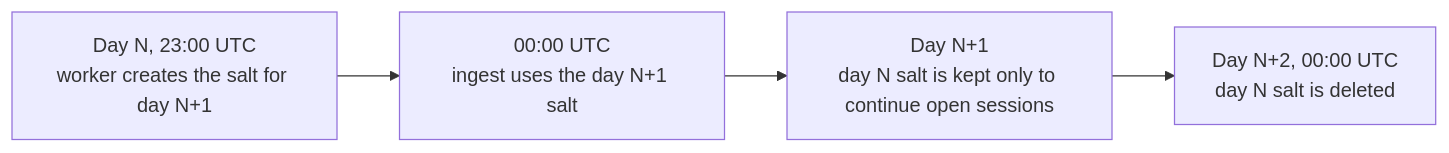
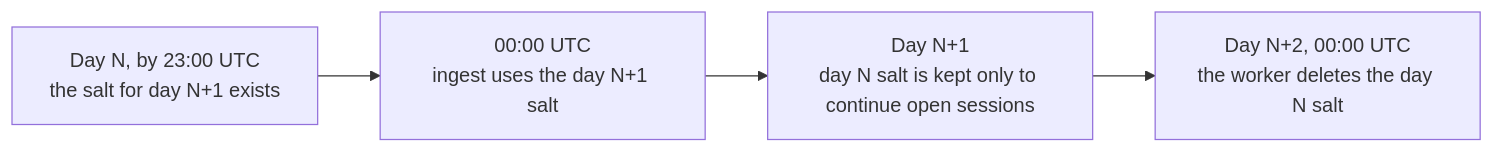
One commit to AntonBurduzha/mieru changed the first of 2 diagrams in docs/architecture/privacy.md. Above: the diagram before and after it, drawn with Mermaid. The commit also changed other lines of this file and 20 other files, not shown here.

````diff
--- a/docs/architecture/privacy.md
+++ b/docs/architecture/privacy.md
@@ -22,6 +22,6 @@
 ```mermaid
 flowchart LR
-    A["Day N, 23:00 UTC<br/>worker creates the salt for day N+1"] --> B["00:00 UTC<br/>ingest uses the day N+1 salt"]
+    A["Day N, by 23:00 UTC<br/>the salt for day N+1 exists"] --> B["00:00 UTC<br/>ingest uses the day N+1 salt"]
     B --> C["Day N+1<br/>day N salt is kept only to continue open sessions"]
-    C --> D["Day N+2, 00:00 UTC<br/>day N salt is deleted"]
+    C --> D["Day N+2, 00:00 UTC<br/>the worker deletes the day N salt"]
 ```
````
